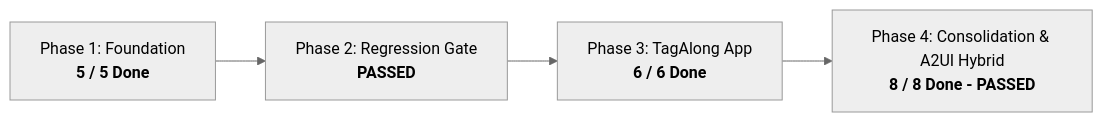
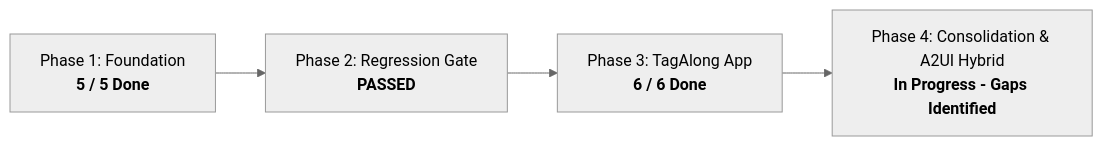
The diagram in docs/tagalong-task-tracker.md (maiatoday/tag-spotter), drawn with Mermaid (neutral theme) before and after one commit. The commit also changed other lines of this file and 7 other files, not shown here.

````diff
--- a/docs/tagalong-task-tracker.md
+++ b/docs/tagalong-task-tracker.md
@@ -13,6 +13,6 @@
 ```mermaid
 flowchart LR
     P1[Phase 1: Foundation<br><b>5 / 5 Done</b>] --> P2[Phase 2: Regression Gate<br><b>PASSED</b>]
     P2 --> P3[Phase 3: TagAlong App<br><b>6 / 6 Done</b>]
-    P3 --> P4[Phase 4: Consolidation & A2UI Hybrid<br><b>8 / 8 Done - PASSED</b>]
+    P3 --> P4[Phase 4: Consolidation & A2UI Hybrid<br><b>In Progress - Gaps Identified</b>]
 ```
````
